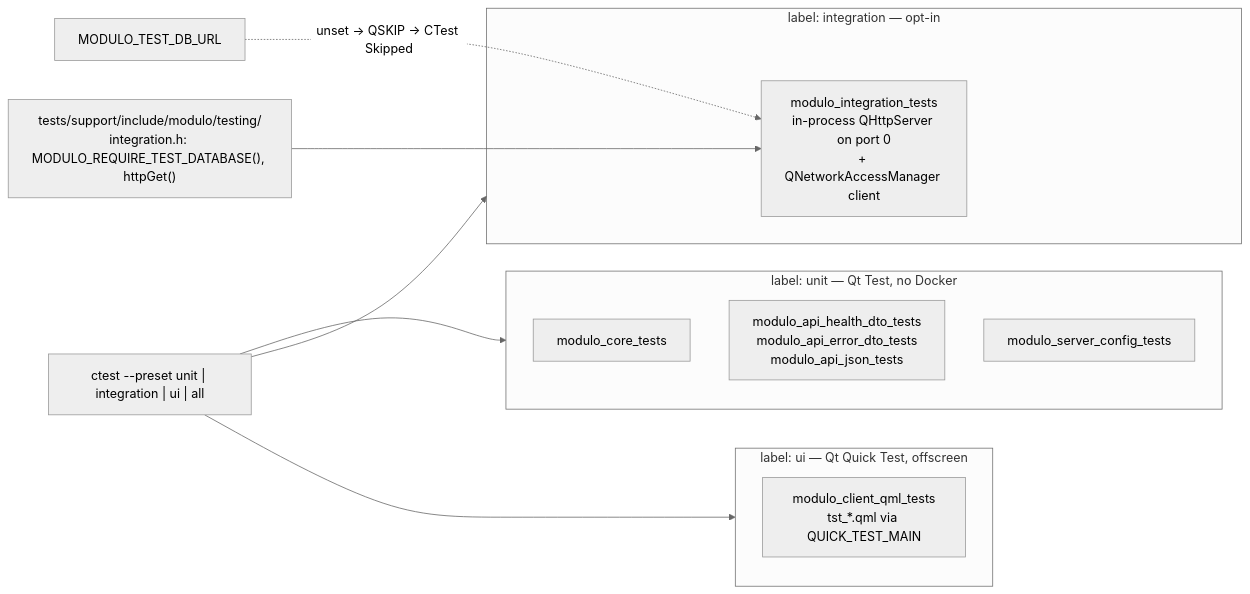
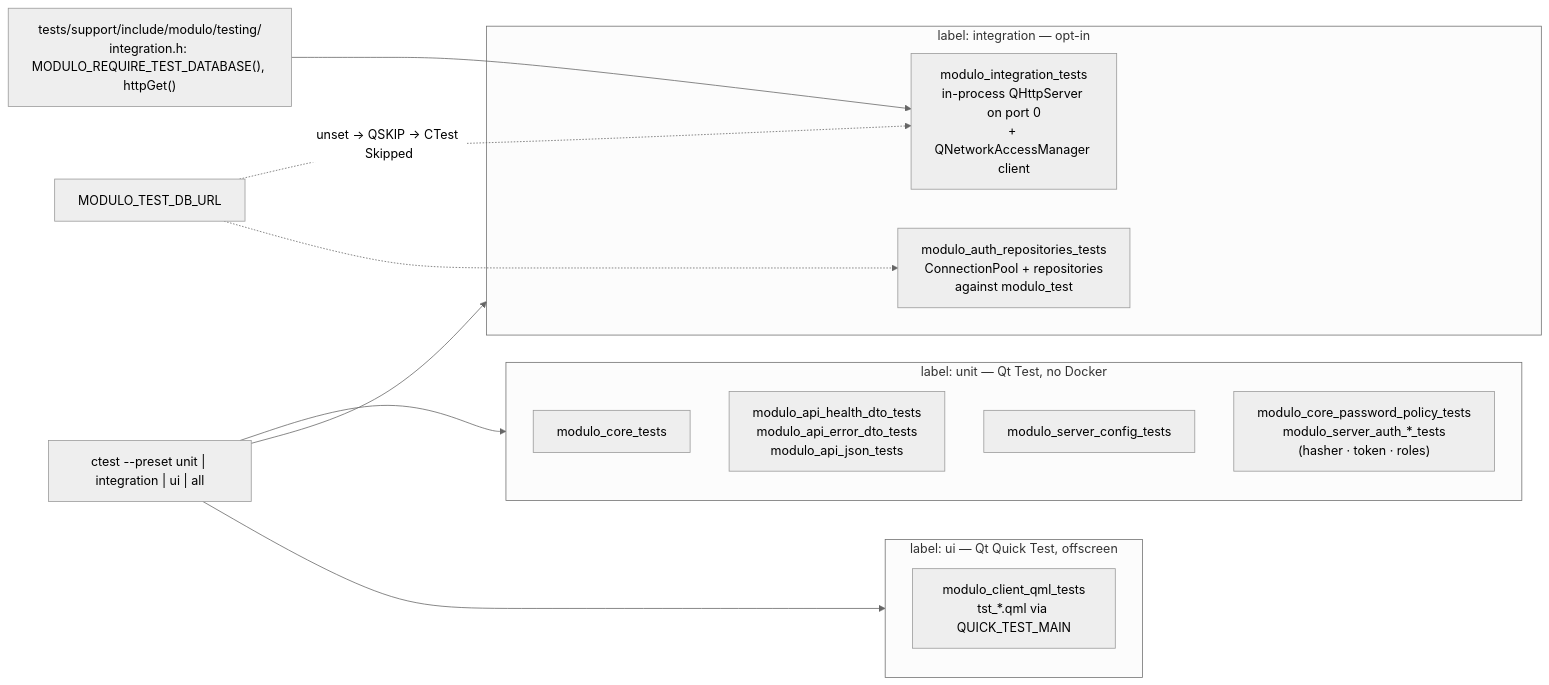
The sixth of 6 diagrams in docs/high_level_design.md (angelobarbu/Modulo), drawn with Mermaid (neutral theme) before and after one commit. The commit also changed other lines of this file and 30 other files, not shown here.

````diff
--- a/docs/high_level_design.md
+++ b/docs/high_level_design.md
@@ -193,27 +203,34 @@
 ```mermaid
 flowchart LR
     subgraph unit["label: unit — Qt Test, no Docker"]
         t1["modulo_core_tests"]
         t2["modulo_api_health_dto_tests
 modulo_api_error_dto_tests
 modulo_api_json_tests"]
         t3["modulo_server_config_tests"]
+        t6["modulo_core_password_policy_tests
+modulo_server_auth_*_tests
+(hasher · token · roles)"]
     end
     subgraph integ["label: integration — opt-in"]
         t4["modulo_integration_tests
 in-process QHttpServer on port 0
 + QNetworkAccessManager client"]
+        t7["modulo_auth_repositories_tests
+ConnectionPool + repositories
+against modulo_test"]
     end
     subgraph ui["label: ui — Qt Quick Test, offscreen"]
         t5["modulo_client_qml_tests
 tst_*.qml via QUICK_TEST_MAIN"]
     end
 
     env["MODULO_TEST_DB_URL"] -. "unset → QSKIP → CTest Skipped" .-> t4
+    env -.-> t7
     support["tests/support/include/modulo/testing/
 integration.h: MODULO_REQUIRE_TEST_DATABASE(), httpGet()"] --> t4
 
     presets["ctest --preset unit | integration | ui | all"] --> unit
     presets --> integ
     presets --> ui
 ```
````
